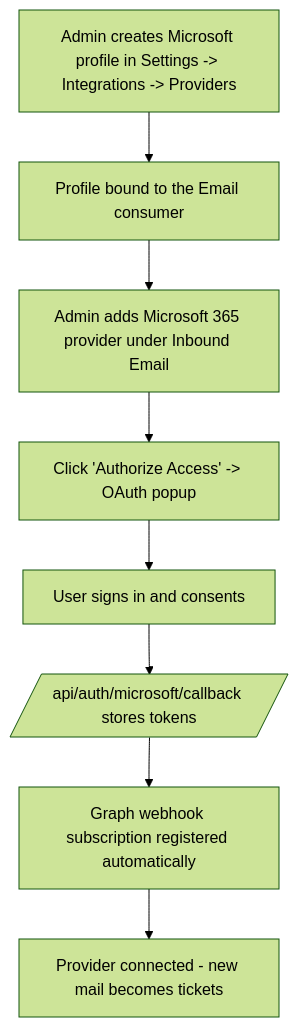
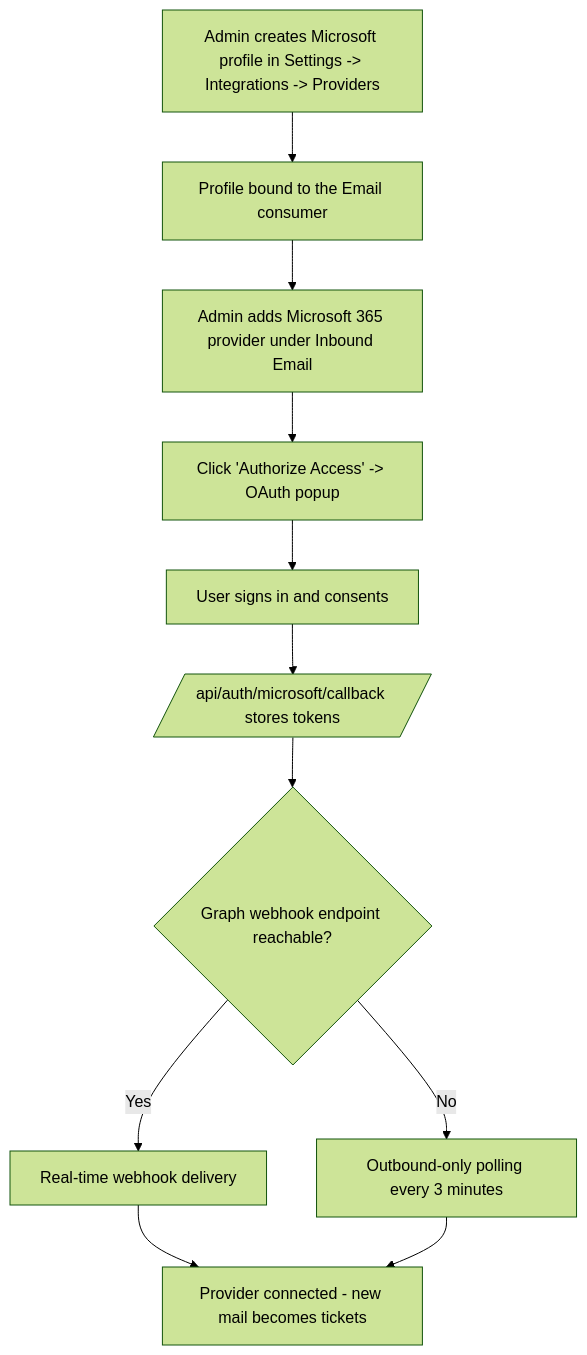
Before and after one commit to Nine-Minds/alga-psa: the diagram in docs/inbound-email/setup/microsoft.md, drawn with Mermaid (forest theme). The commit also changed other lines of this file and 18 other files, not shown here.

Commit message:
feat(email): support polling-only Microsoft ingress

````diff
--- a/docs/inbound-email/setup/microsoft.md
+++ b/docs/inbound-email/setup/microsoft.md
@@ -33,10 +36,13 @@
 ```mermaid
 flowchart TD
     A[Admin creates Microsoft profile in Settings -> Integrations -> Providers] --> B[Profile bound to the Email consumer]
     B --> C[Admin adds Microsoft 365 provider under Inbound Email]
     C --> D[Click 'Authorize Access' -> OAuth popup]
     D --> E[User signs in and consents]
     E --> F[/api/auth/microsoft/callback stores tokens/]
-    F --> G[Graph webhook subscription registered automatically]
-    G --> H[Provider connected - new mail becomes tickets]
+    F --> G{Graph webhook endpoint reachable?}
+    G -->|Yes| H[Real-time webhook delivery]
+    G -->|No| I[Outbound-only polling every 3 minutes]
+    H --> J[Provider connected - new mail becomes tickets]
+    I --> J
 ```
````
